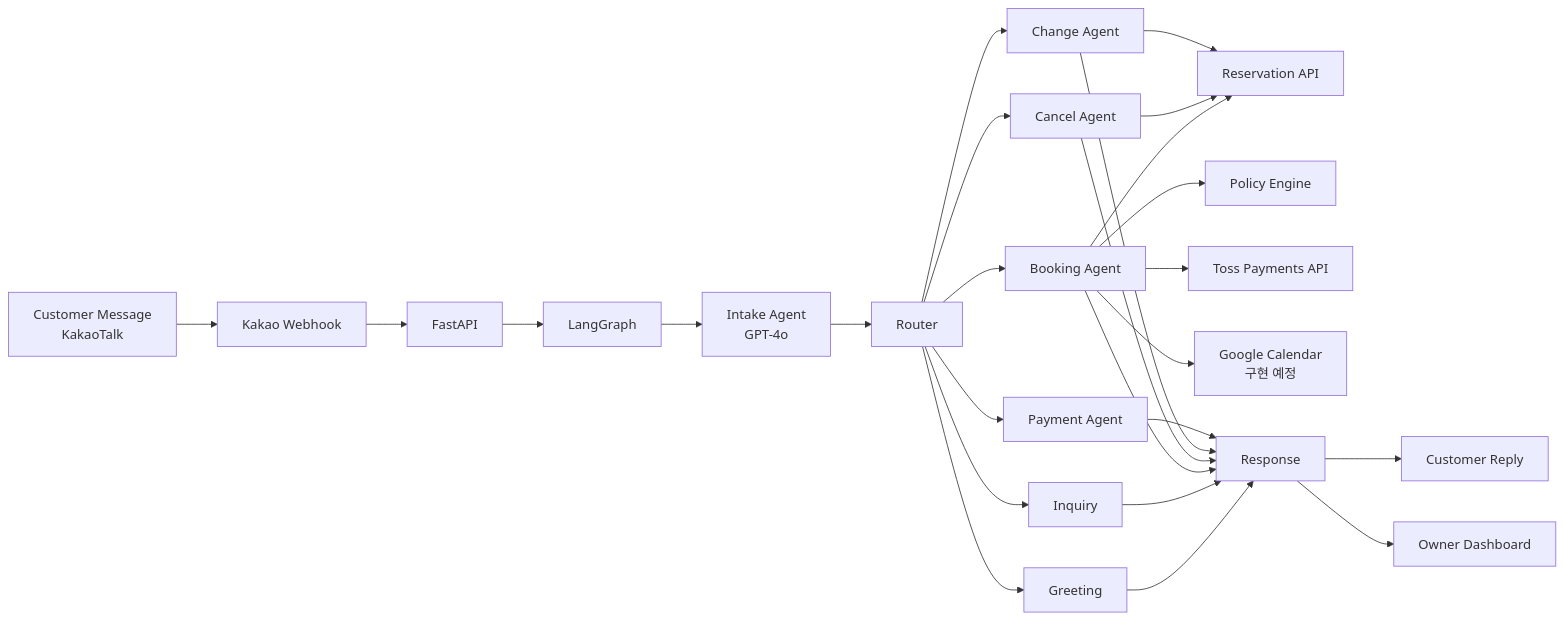
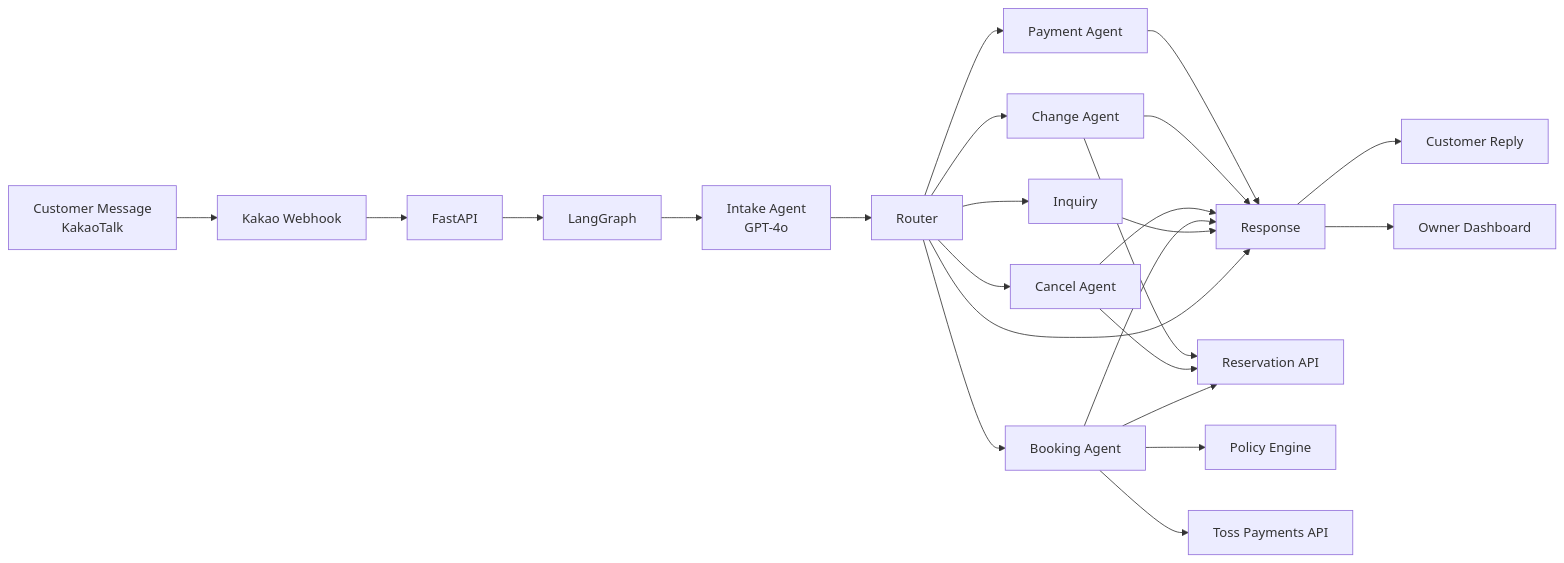
Before and after one commit to NailAgent/agent: the diagram in README.md, drawn with Mermaid. The commit also changed other lines of this file, not shown here.

````diff
--- a/README.md
+++ b/README.md
@@ -203,32 +205,30 @@
 ```mermaid
 flowchart LR
     A[Customer Message<br/>KakaoTalk] --> B[Kakao Webhook]
     B --> C[FastAPI]
     C --> D[LangGraph]
     D --> E[Intake Agent<br/>GPT-4o]
     E --> F[Router]
 
-    F --> G[Greeting]
     F --> H[Inquiry]
     F --> I[Booking Agent]
     F --> J[Cancel Agent]
     F --> K[Change Agent]
     F --> L[Payment Agent]
+    F --> Q[Response]
 
     I --> M[Reservation API]
     I --> N[Policy Engine]
     I --> O[Toss Payments API]
-    I --> P[Google Calendar<br/>구현 예정]
     J --> M
     K --> M
 
-    G --> Q[Response]
     H --> Q
     I --> Q
     J --> Q
     K --> Q
     L --> Q
 
     Q --> R[Customer Reply]
     Q --> S[Owner Dashboard]
 ```
````
